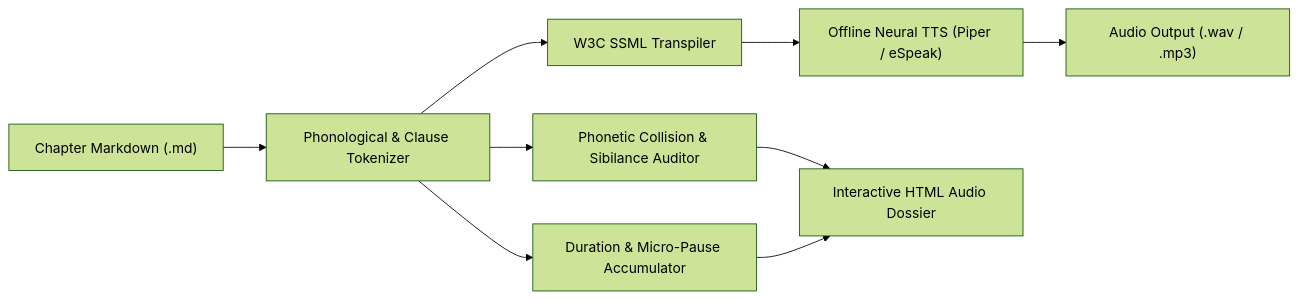
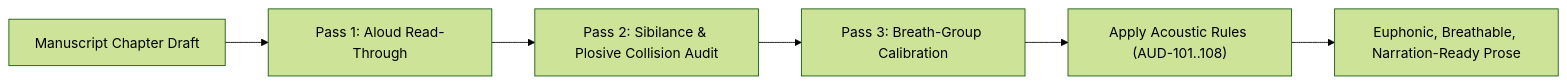
One commit to aryansinghnagar/Ars-Arcanum changed the third of 3 diagrams in docs/AUDIO_PROOF.md. Above: the diagram before and after it, drawn with Mermaid (forest theme). The commit also changed other lines of this file and 12 other files, not shown here.

````diff
--- a/docs/AUDIO_PROOF.md
+++ b/docs/AUDIO_PROOF.md
@@ -158,11 +157,8 @@
 ```mermaid
 flowchart LR
-    MD["Chapter Markdown (.md)"] --> Parser["Phonological & Clause Tokenizer"]
-    Parser --> CollisionCalc["Phonetic Collision & Sibilance Auditor"]
-    Parser --> DurationCalc["Duration & Micro-Pause Accumulator"]
-    Parser --> SSMLGen["W3C SSML Transpiler"]
-    
-    SSMLGen --> TTSDispatcher["Offline Neural TTS (Piper / eSpeak)"]
-    TTSDispatcher --> WAV["Audio Output (.wav / .mp3)"]
-    CollisionCalc & DurationCalc --> HTMLDossier["Interactive HTML Audio Dossier"]
+    Prose["Manuscript Chapter Draft"] --> OralRead["Pass 1: Aloud Read-Through"]
+    OralRead --> FrictionAudit["Pass 2: Sibilance & Plosive Collision Audit"]
+    FrictionAudit --> BreathAudit["Pass 3: Breath-Group Calibration"]
+    BreathAudit --> Rubric["Apply Acoustic Rules (AUD-101..108)"]
+    Rubric --> EuphonicProse["Euphonic, Breathable, Narration-Ready Prose"]
 ```
````
